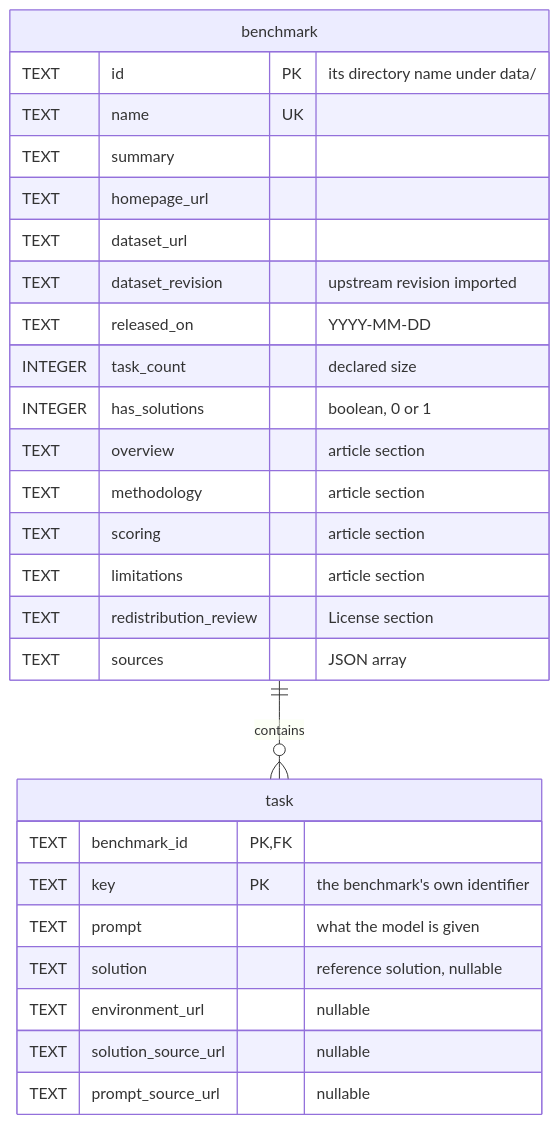
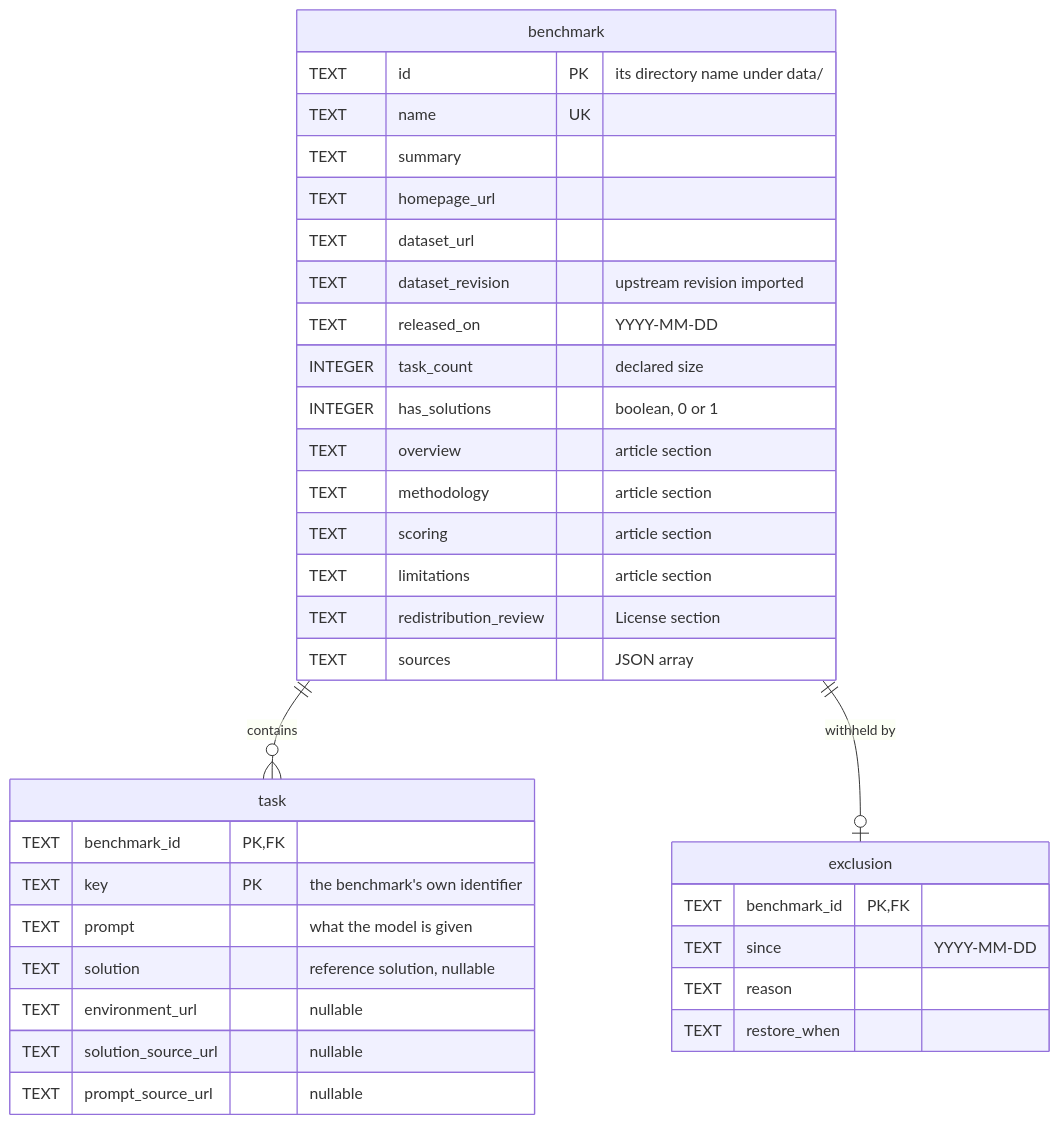
Before and after one commit to khooeee/benchopedia: the diagram in README.md, drawn with Mermaid. The commit also changed other lines of this file and 8 other files, not shown here.

````diff
--- a/README.md
+++ b/README.md
@@ -25,31 +25,38 @@
 ```mermaid
 erDiagram
     benchmark ||--o{ task : contains
+    benchmark ||--o| exclusion : "withheld by"
 
     benchmark {
         TEXT id PK "its directory name under data/"
         TEXT name UK
         TEXT summary
         TEXT homepage_url
         TEXT dataset_url
         TEXT dataset_revision "upstream revision imported"
         TEXT released_on "YYYY-MM-DD"
         INTEGER task_count "declared size"
         INTEGER has_solutions "boolean, 0 or 1"
         TEXT overview "article section"
         TEXT methodology "article section"
         TEXT scoring "article section"
         TEXT limitations "article section"
         TEXT redistribution_review "License section"
         TEXT sources "JSON array"
     }
     task {
         TEXT benchmark_id PK, FK
         TEXT key PK "the benchmark's own identifier"
         TEXT prompt "what the model is given"
         TEXT solution "reference solution, nullable"
         TEXT environment_url "nullable"
         TEXT solution_source_url "nullable"
         TEXT prompt_source_url "nullable"
     }
+    exclusion {
+        TEXT benchmark_id PK, FK
+        TEXT since "YYYY-MM-DD"
+        TEXT reason
+        TEXT restore_when
+    }
 ```
````
